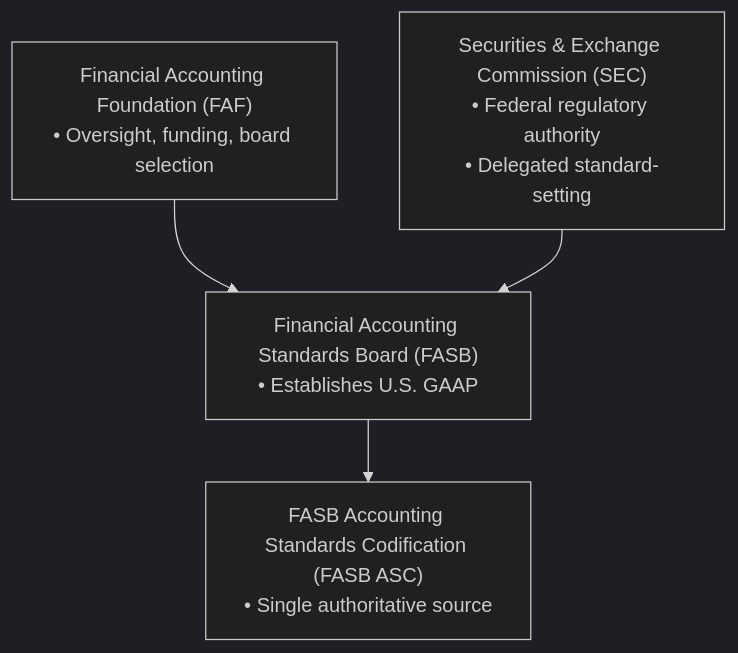
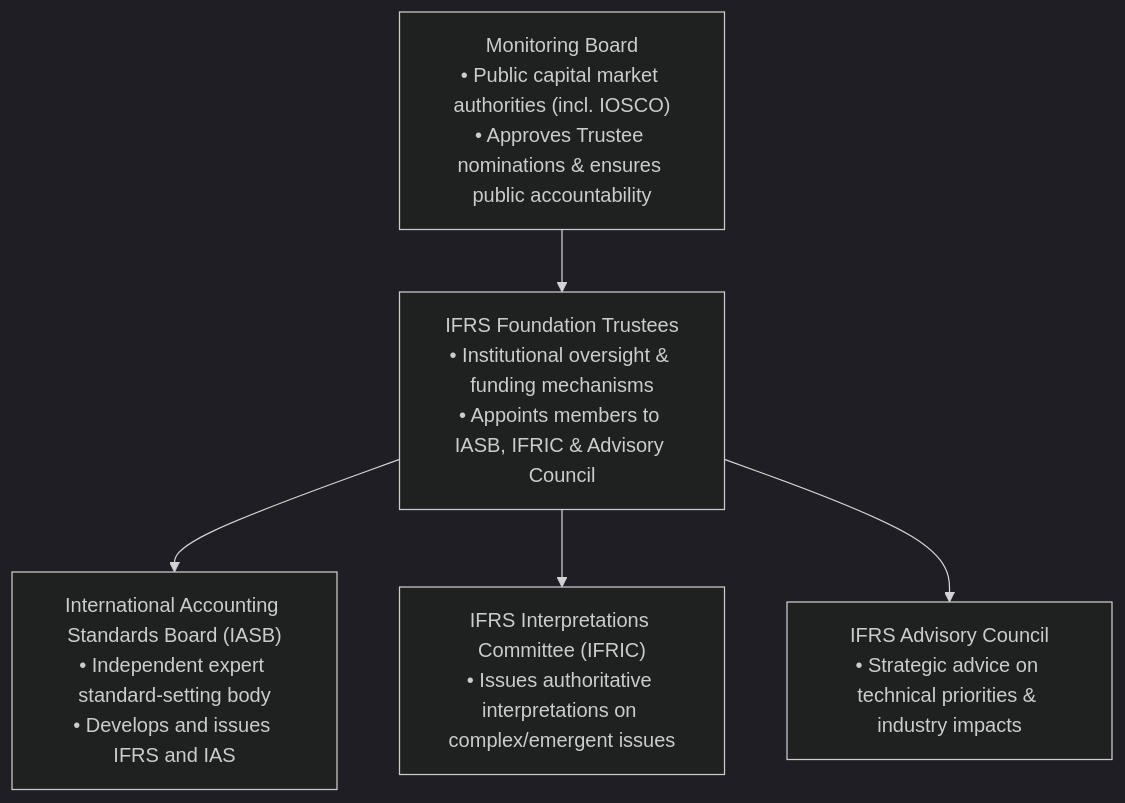
The first of 4 diagrams in note-res/ai-comprehension/acc-301-intermediate-accounting/phase-1/acc-301-notes-step-1.md (Soohaeib/shared-obsidian-notes), drawn with Mermaid (dark theme) before and after one commit. The commit also changed other lines of this file and 12 other files, not shown here.

````diff
--- a/note-res/ai-comprehension/acc-301-intermediate-accounting/phase-1/acc-301-notes-step-1.md
+++ b/note-res/ai-comprehension/acc-301-intermediate-accounting/phase-1/acc-301-notes-step-1.md
@@ -35,6 +14,8 @@
 ```mermaid
 flowchart TD
-    FAF["Financial Accounting Foundation (FAF)\n• Oversight, funding, board selection"] --> FASB
-    SEC["Securities & Exchange Commission (SEC)\n• Federal regulatory authority\n• Delegated standard-setting"] --> FASB
-    FASB["Financial Accounting Standards Board (FASB)\n• Establishes U.S. GAAP"] --> ASC["FASB Accounting Standards Codification (FASB ASC)\n• Single authoritative source"]
+    MB["Monitoring Board\n• Public capital market authorities (incl. IOSCO)\n• Approves Trustee nominations & ensures public accountability"] --> TR
+    TR["IFRS Foundation Trustees\n• Institutional oversight & funding mechanisms\n• Appoints members to IASB, IFRIC & Advisory Council"] --> IASB
+    TR --> IFRIC["IFRS Interpretations Committee (IFRIC)\n• Issues authoritative interpretations on complex/emergent issues"]
+    TR --> ADV["IFRS Advisory Council\n• Strategic advice on technical priorities & industry impacts"]
+    IASB["International Accounting Standards Board (IASB)\n• Independent expert standard-setting body\n• Develops and issues IFRS and IAS"]
 ```
````
